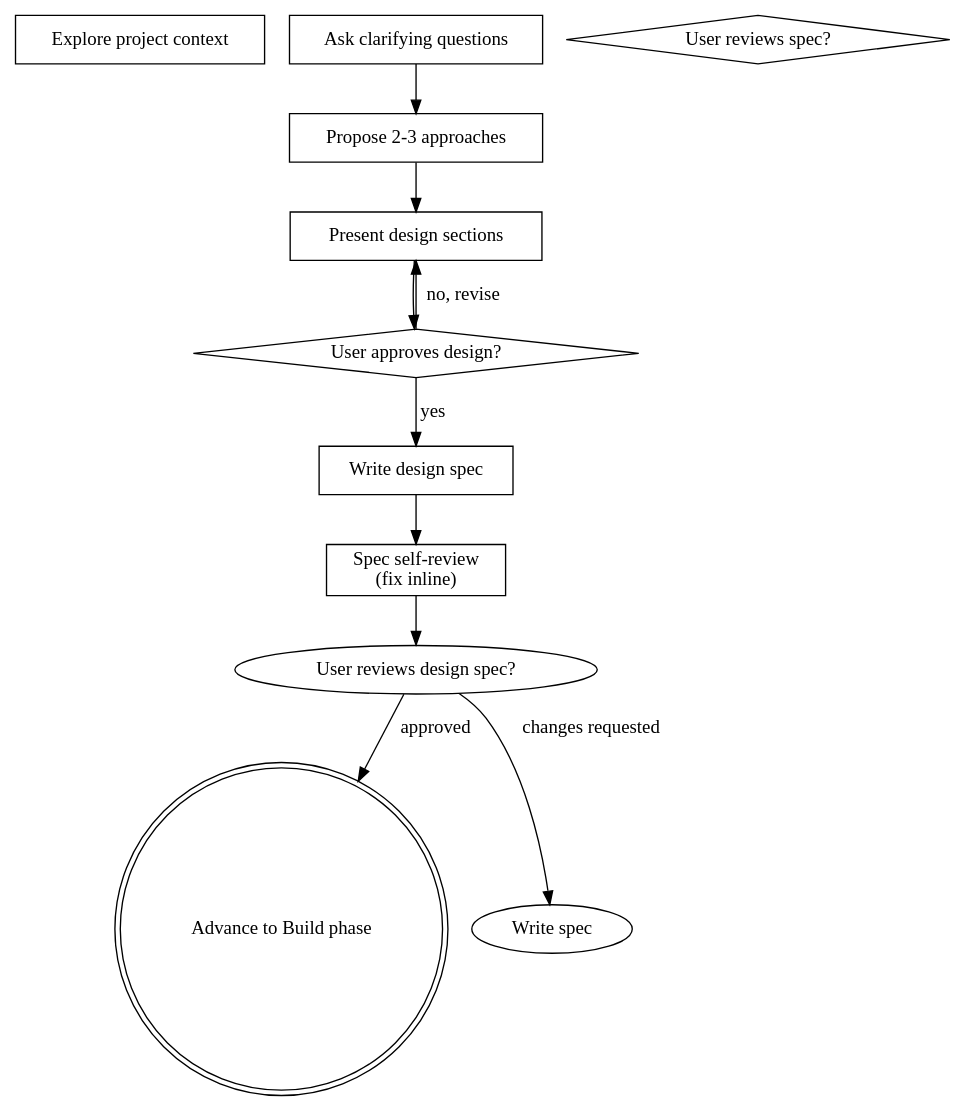
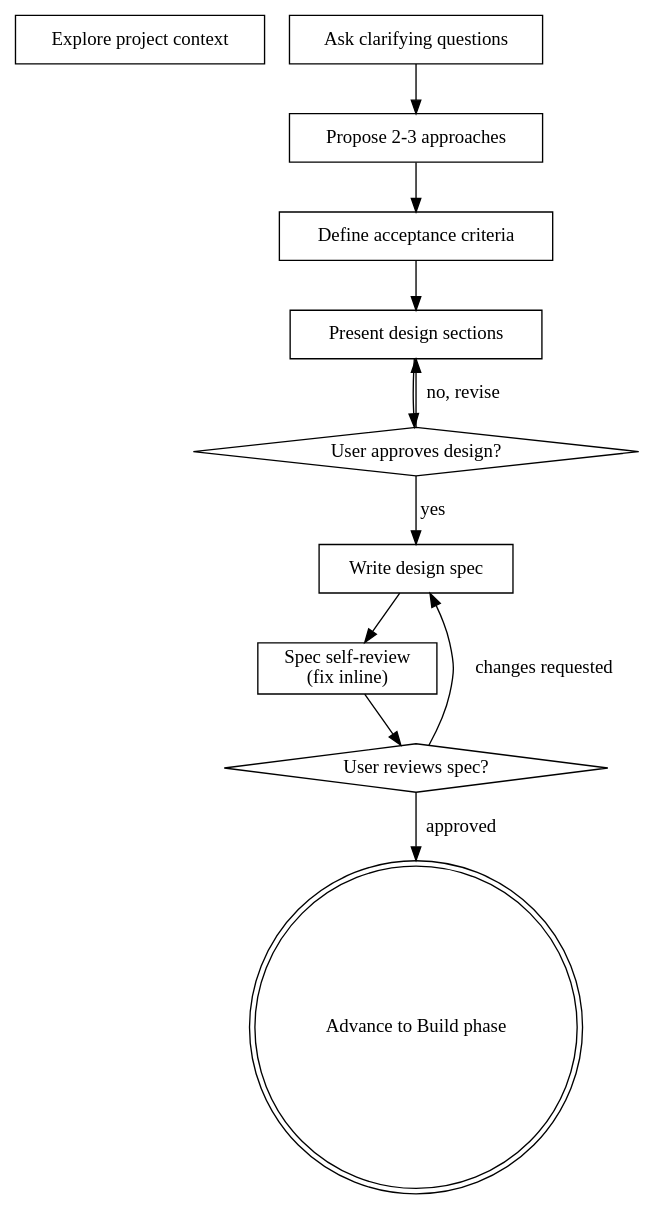
Before and after one commit to gannonh/skills: the diagram in plan-build-verify/references/plan.md, drawn with Graphviz. The commit also changed other lines of this file and 2 other files, not shown here.

First line of the commit message:
fix(plan-build-verify): require acceptance criteria in plans

````diff
--- a/plan-build-verify/references/plan.md
+++ b/plan-build-verify/references/plan.md
@@ -28,23 +31,25 @@
 ```dot
 digraph brainstorming {
     "Explore project context" [shape=box];
     "Ask clarifying questions" [shape=box];
     "Propose 2-3 approaches" [shape=box];
+    "Define acceptance criteria" [shape=box];
     "Present design sections" [shape=box];
     "User approves design?" [shape=diamond];
     "Write design spec" [shape=box];
     "Spec self-review\n(fix inline)" [shape=box];
     "User reviews spec?" [shape=diamond];
     "Advance to Build phase" [shape=doublecircle];
 
     "Ask clarifying questions" -> "Propose 2-3 approaches";
-    "Propose 2-3 approaches" -> "Present design sections";
+    "Propose 2-3 approaches" -> "Define acceptance criteria";
+    "Define acceptance criteria" -> "Present design sections";
     "Present design sections" -> "User approves design?";
     "User approves design?" -> "Present design sections" [label="no, revise"];
     "User approves design?" -> "Write design spec" [label="yes"];
     "Write design spec" -> "Spec self-review\n(fix inline)";
-    "Spec self-review\n(fix inline)" -> "User reviews design spec?";
-    "User reviews design spec?" -> "Write spec" [label="changes requested"];
-    "User reviews design spec?" -> "Advance to Build phase" [label="approved"];
+    "Spec self-review\n(fix inline)" -> "User reviews spec?";
+    "User reviews spec?" -> "Write design spec" [label="changes requested"];
+    "User reviews spec?" -> "Advance to Build phase" [label="approved"];
 }
 ```
````
